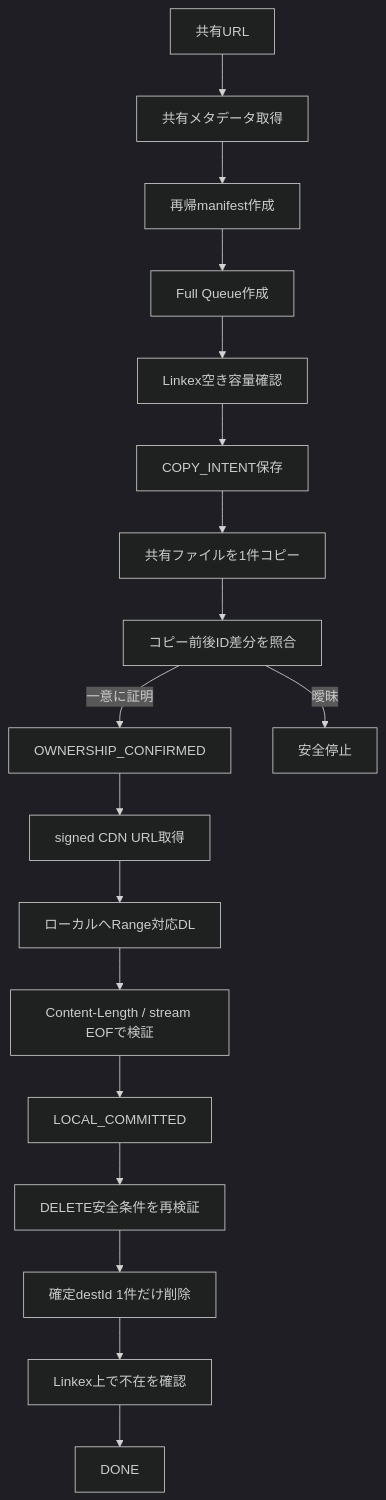
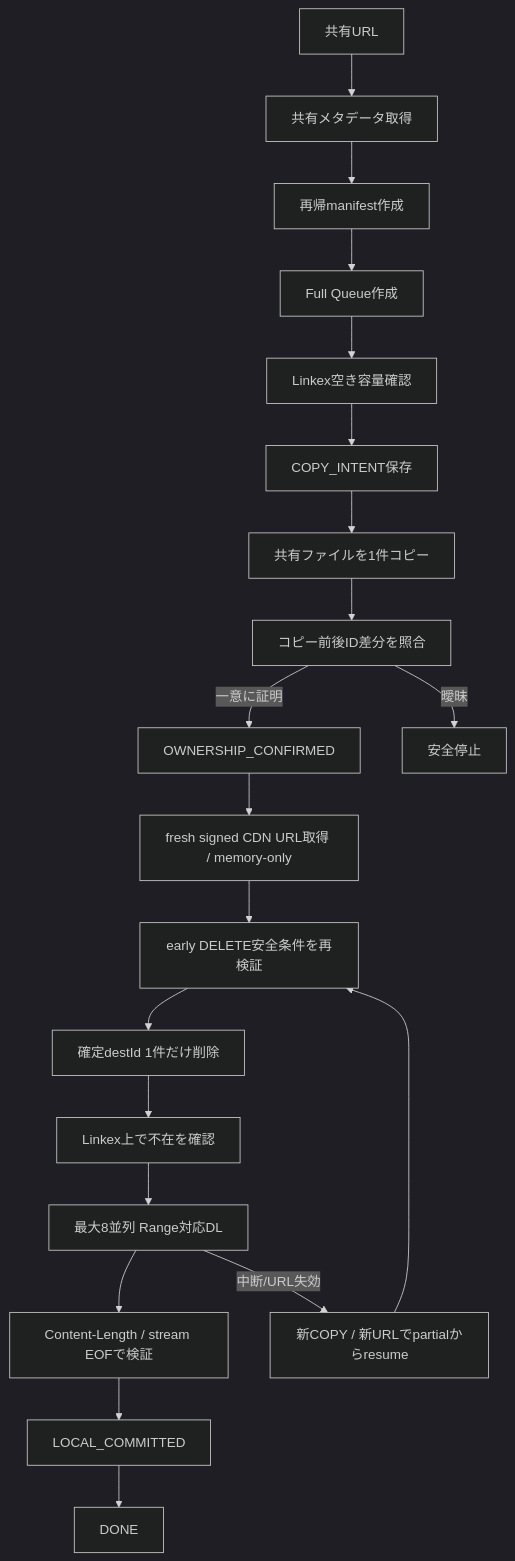
Before and after one commit to Hoyomaru/Linkex-Downloader: the first of 3 diagrams in docs/ARCHITECTURE.md, drawn with Mermaid (dark theme). The commit also changed other lines of this file and 5 other files, not shown here.

````diff
--- a/docs/ARCHITECTURE.md
+++ b/docs/ARCHITECTURE.md
@@ -13,20 +13,22 @@
 ```mermaid
 flowchart TD
     A[共有URL] --> B[共有メタデータ取得]
     B --> C[再帰manifest作成]
     C --> D[Full Queue作成]
     D --> E[Linkex空き容量確認]
     E --> F[COPY_INTENT保存]
     F --> G[共有ファイルを1件コピー]
     G --> H[コピー前後ID差分を照合]
     H -->|一意に証明| I[OWNERSHIP_CONFIRMED]
     H -->|曖昧| X[安全停止]
-    I --> J[signed CDN URL取得]
-    J --> K[ローカルへRange対応DL]
+    I --> J[fresh signed CDN URL取得 / memory-only]
+    J --> N[early DELETE安全条件を再検証]
+    N --> O[確定destId 1件だけ削除]
+    O --> P[Linkex上で不在を確認]
+    P --> K[最大8並列 Range対応DL]
     K --> L[Content-Length / stream EOFで検証]
     L --> M[LOCAL_COMMITTED]
-    M --> N[DELETE安全条件を再検証]
-    N --> O[確定destId 1件だけ削除]
-    O --> P[Linkex上で不在を確認]
-    P --> Q[DONE]
+    M --> Q[DONE]
+    K -->|中断/URL失効| R[新COPY / 新URLでpartialからresume]
+    R --> N
 ```
````
